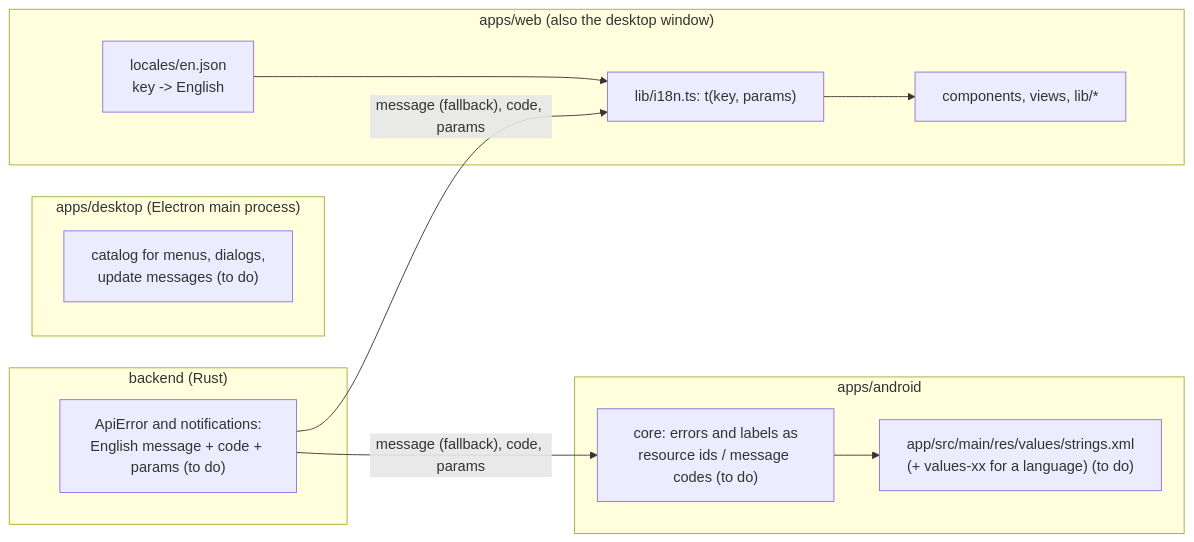
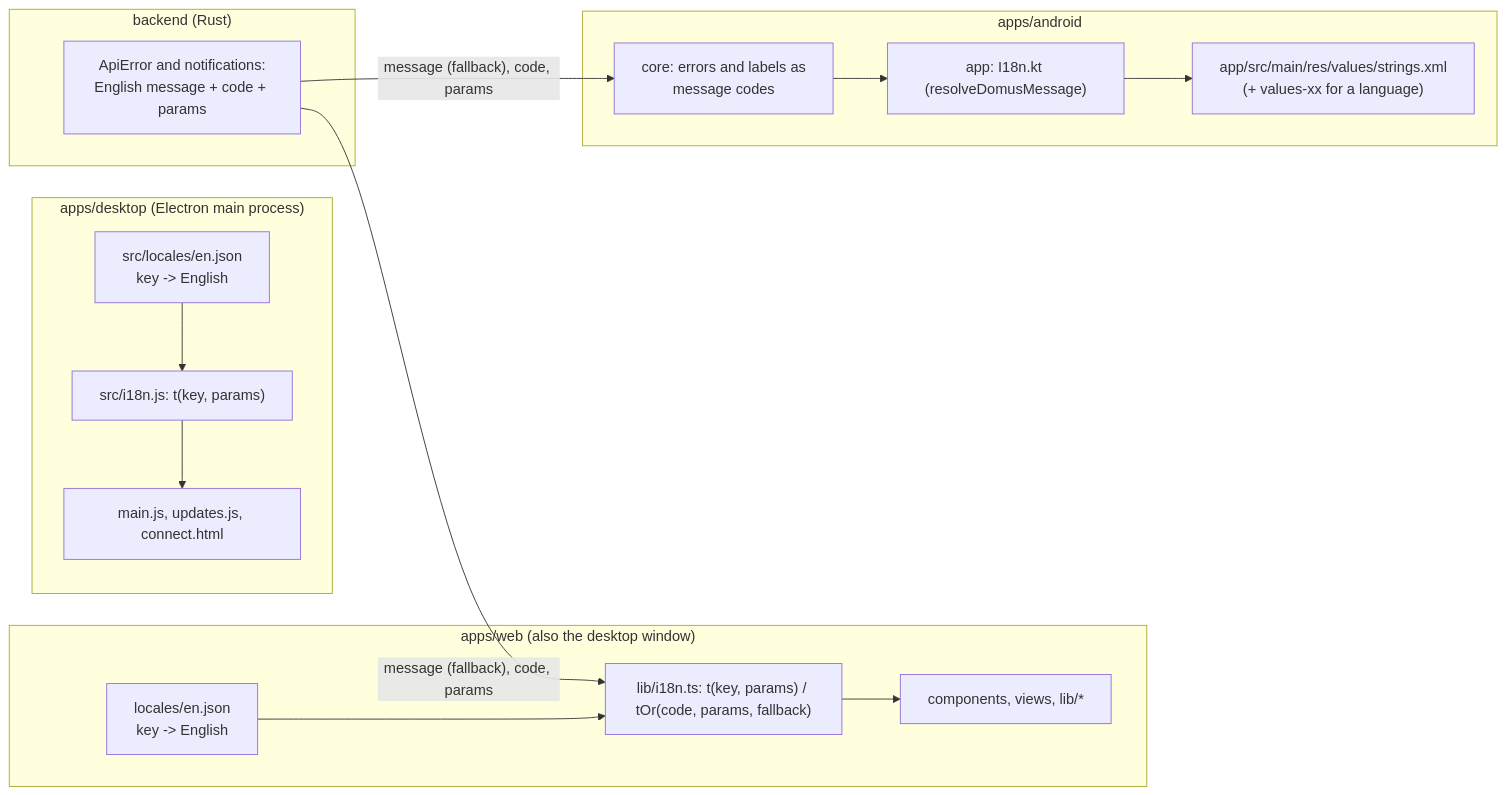
Before and after one commit to aiyu-ayaan/Domus: the diagram in development/docs/LOCALIZATION.md, drawn with Mermaid. The commit also changed other lines of this file and 1 other file, not shown here.

Commit message:
docs(i18n) : Mark Milestone 21 complete and update localization architecture and status

````diff
--- a/development/docs/LOCALIZATION.md
+++ b/development/docs/LOCALIZATION.md
@@ -9,22 +9,26 @@
 ```mermaid
 flowchart LR
     subgraph web["apps/web (also the desktop window)"]
         EN["locales/en.json\nkey -> English"]
-        T["lib/i18n.ts: t(key, params)"]
+        T["lib/i18n.ts: t(key, params) / tOr(code, params, fallback)"]
         UI["components, views, lib/*"]
         EN --> T --> UI
     end
     subgraph desktop["apps/desktop (Electron main process)"]
-        DC["catalog for menus, dialogs,\nupdate messages (to do)"]
+        DEN["src/locales/en.json\nkey -> English"]
+        DT["src/i18n.js: t(key, params)"]
+        DM["main.js, updates.js, connect.html"]
+        DEN --> DT --> DM
     end
     subgraph android["apps/android"]
-        RES["app/src/main/res/values/strings.xml\n(+ values-xx for a language) (to do)"]
-        CORE["core: errors and labels as\nresource ids / message codes (to do)"]
+        RES["app/src/main/res/values/strings.xml\n(+ values-xx for a language)"]
+        I18N["app: I18n.kt (resolveDomusMessage)"]
+        CORE["core: errors and labels as\nmessage codes"]
+        CORE --> I18N --> RES
     end
     subgraph server["backend (Rust)"]
-        ERR["ApiError and notifications:\nEnglish message + code + params (to do)"]
+        ERR["ApiError and notifications:\nEnglish message + code + params"]
     end
     ERR -- "message (fallback), code, params" --> T
     ERR -- "message (fallback), code, params" --> CORE
-    CORE --> RES
 ```
````
